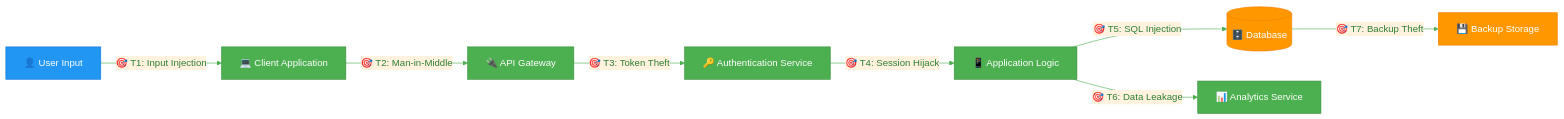
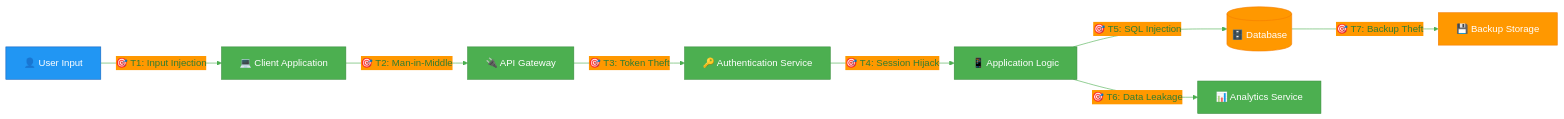
Before and after one commit to Hack23/ISMS-PUBLIC: the fifth of 10 diagrams in Threat_Modeling.md, drawn with Mermaid. The commit also changed other lines of this file and 35 other files, not shown here.

````diff
--- a/Threat_Modeling.md
+++ b/Threat_Modeling.md
@@ -488,40 +488,40 @@
 ```mermaid
 %%{
   init: {
     'theme': 'base',
     'themeVariables': {
-      'primaryColor': '#e8f5e9',
-      'primaryTextColor': '#2e7d32',
-      'lineColor': '#4caf50',
-      'secondaryColor': '#fff3e0',
-      'tertiaryColor': '#e3f2fd'
+      'primaryColor': '#4CAF50',
+      'primaryTextColor': '#2E7D32',
+      'lineColor': '#4CAF50',
+      'secondaryColor': '#FF9800',
+      'tertiaryColor': '#1565C0'
     }
   }
 }%%
 flowchart LR
     USER[👤 User Input]
     CLIENT[💻 Client Application]
     API[🔌 API Gateway]
     AUTH[🔑 Authentication Service]
     APP[📱 Application Logic]
     DB[(🗄️ Database)]
     ANALYTICS[📊 Analytics Service]
     BACKUP[💾 Backup Storage]
     
     USER -->|🎯 T1: Input Injection| CLIENT
     CLIENT -->|🎯 T2: Man-in-Middle| API
     API -->|🎯 T3: Token Theft| AUTH
     AUTH -->|🎯 T4: Session Hijack| APP
     APP -->|🎯 T5: SQL Injection| DB
     APP -->|🎯 T6: Data Leakage| ANALYTICS
     DB -->|🎯 T7: Backup Theft| BACKUP
     
-    classDef user fill:#2196f3,stroke:#1976d2,color:#fff
-    classDef system fill:#4caf50,stroke:#388e3c,color:#fff
-    classDef storage fill:#ff9800,stroke:#f57c00,color:#fff
-    classDef threat fill:#f44336,stroke:#d32f2f,color:#fff
+    classDef user fill:#2196F3,stroke:#1565C0,color:#fff
+    classDef system fill:#4CAF50,stroke:#388E3C,color:#fff
+    classDef storage fill:#FF9800,stroke:#F57C00,color:#fff
+    classDef threat fill:#D32F2F,stroke:#D32F2F,color:#fff
     
     class USER user
     class CLIENT,API,AUTH,APP,ANALYTICS system
     class DB,BACKUP storage
 ```
````
